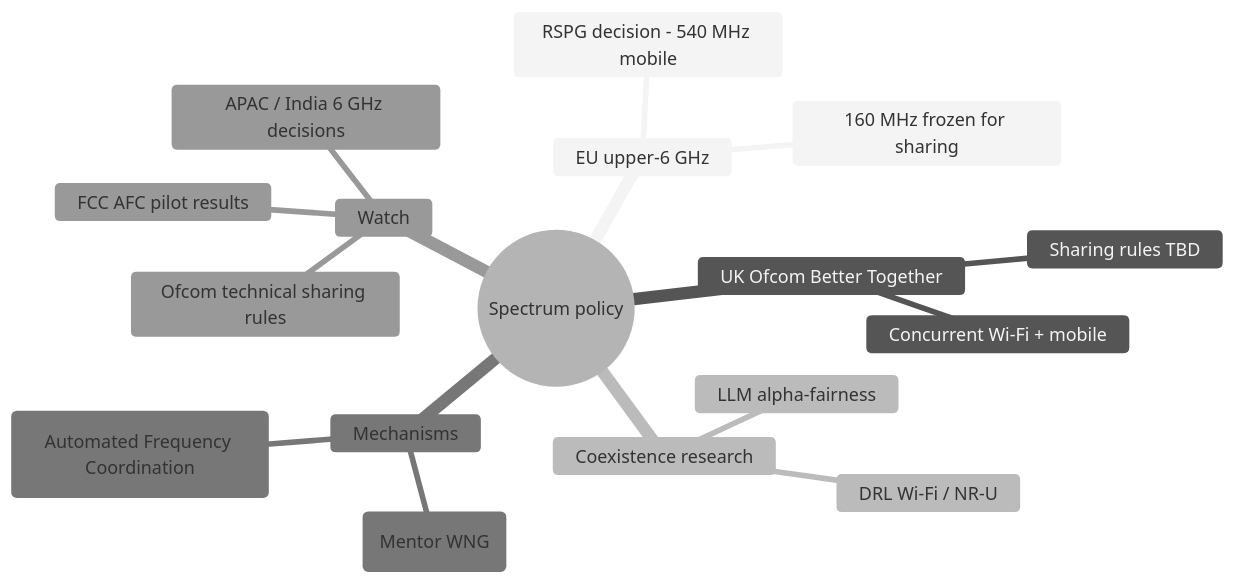
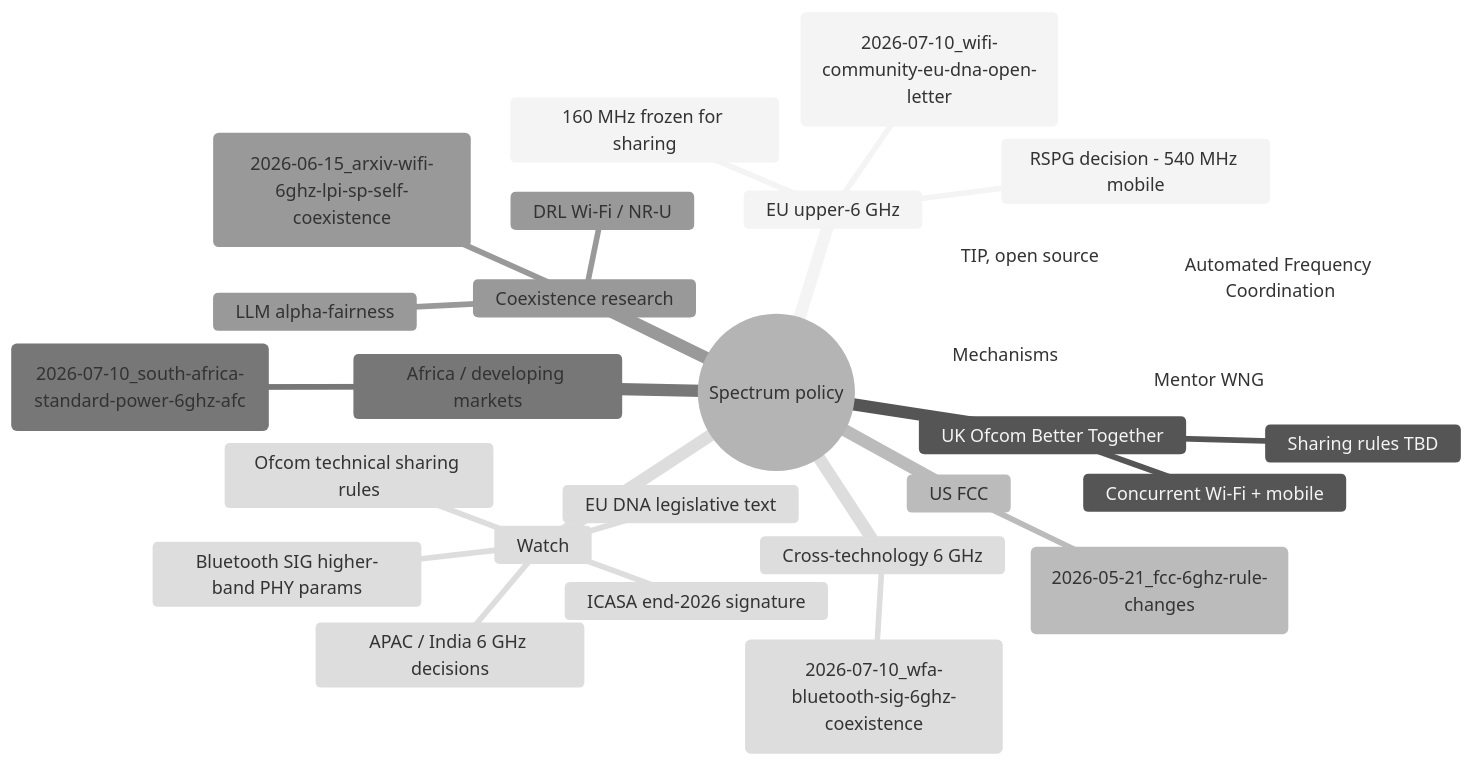
The diagram in topics/spectrum-policy.diagram.mmd (ntutangyun/wireless_comm_knowledge_base), drawn with Mermaid (neutral theme) before and after one commit. The commit also changed 5 other files, not shown here.

Commit message:
Topic refresh 2026-07-10: spectrum-policy narrative + EN/ZH mindmaps (Africa/OpenAFC axis, cross-technology 6 GHz coexistence, EU DNA; watch list updated)

```diff
--- a/topics/spectrum-policy.diagram.mmd
+++ b/topics/spectrum-policy.diagram.mmd
@@ -1,18 +1,29 @@
 mindmap
   root((Spectrum policy))
     EU upper-6 GHz
       RSPG decision - 540 MHz mobile
       160 MHz frozen for sharing
+      DNA open letter (2026-07-10_wifi-community-eu-dna-open-letter)
     UK Ofcom Better Together
       Concurrent Wi-Fi + mobile
       Sharing rules TBD
+    US FCC
+      6 GHz rule expansion (2026-05-21_fcc-6ghz-rule-changes)
+    Africa / developing markets
+      ICASA standard power + CSIR OpenAFC (2026-07-10_south-africa-standard-power-6ghz-afc)
     Coexistence research
       DRL Wi-Fi / NR-U
       LLM alpha-fairness
+      LPI vs SP power-class asymmetry (2026-06-15_arxiv-wifi-6ghz-lpi-sp-self-coexistence)
+    Cross-technology 6 GHz
+      WFA x Bluetooth SIG joint work (2026-07-10_wfa-bluetooth-sig-6ghz-coexistence)
     Mechanisms
       AFC (Automated Frequency Coordination)
+      OpenAFC (TIP, open source)
       LBT bypass debate (Mentor WNG)
     Watch
-      FCC AFC pilot results
+      EU DNA legislative text
+      ICASA end-2026 signature
+      Bluetooth SIG higher-band PHY params
       Ofcom technical sharing rules
       APAC / India 6 GHz decisions
```
